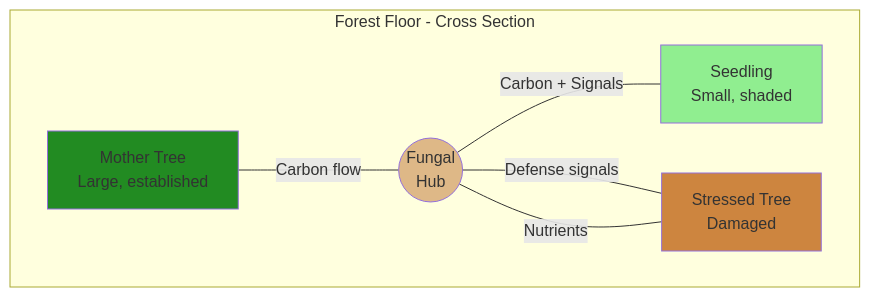
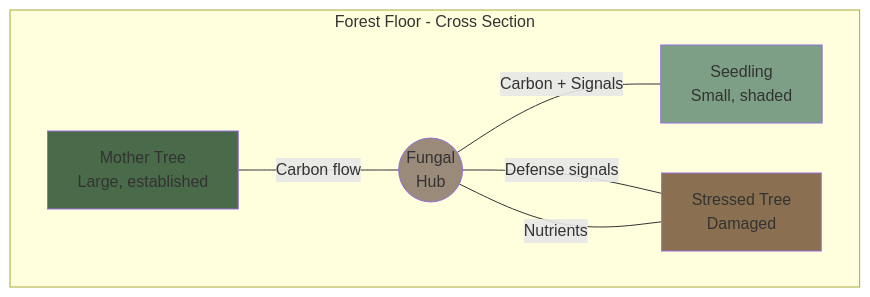
One commit to ScopeCreep-zip/Symbiont changed the fourth of 7 diagrams in docs/concepts/biological-foundations.md. Above: the diagram before and after it, drawn with Mermaid. The commit also changed other lines of this file and 17 other files, not shown here.

Commit message:
update to diagram colors

````diff
--- a/docs/concepts/biological-foundations.md
+++ b/docs/concepts/biological-foundations.md
@@ -170,20 +170,20 @@
 ```mermaid
 graph TB
     subgraph "Forest Floor - Cross Section"
         T1[Mother Tree<br/>Large, established]
         T2[Seedling<br/>Small, shaded]
         T3[Stressed Tree<br/>Damaged]
 
         F1((Fungal<br/>Hub))
 
         T1 ---|Carbon flow| F1
         F1 ---|Carbon + Signals| T2
         F1 ---|Defense signals| T3
         T3 ---|Nutrients| F1
     end
 
-    style T1 fill:#228B22
-    style T2 fill:#90EE90
-    style T3 fill:#CD853F
-    style F1 fill:#DEB887
+    style T1 fill:#4a6b4a
+    style T2 fill:#7d9f85
+    style T3 fill:#8a7050
+    style F1 fill:#9a8a7a
 ```
````
